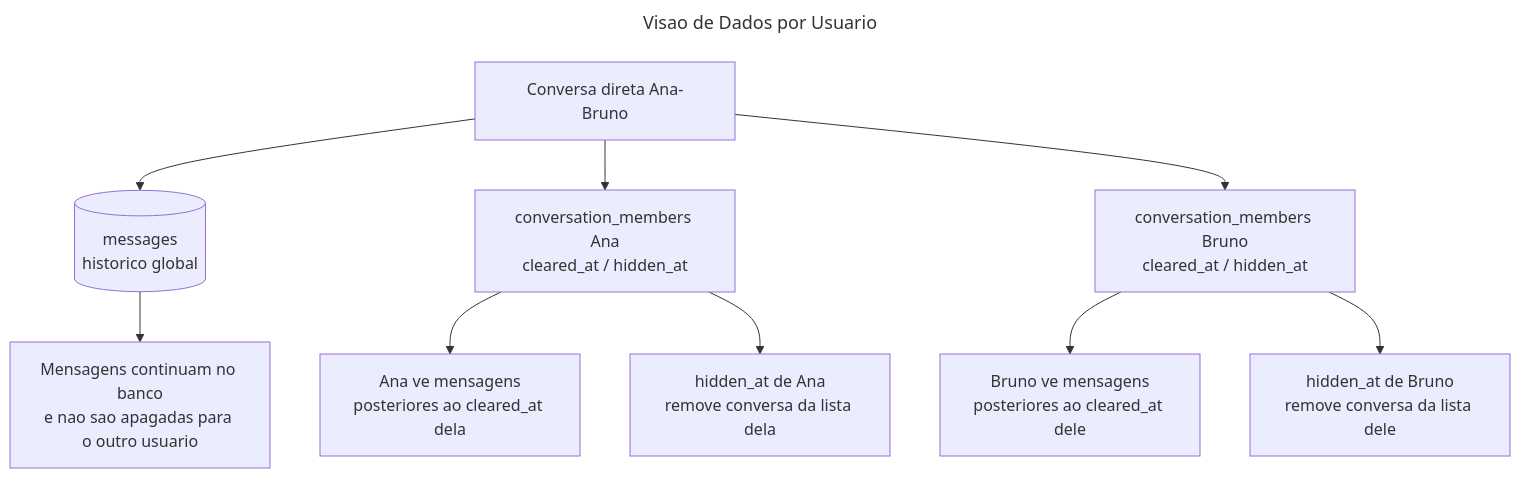
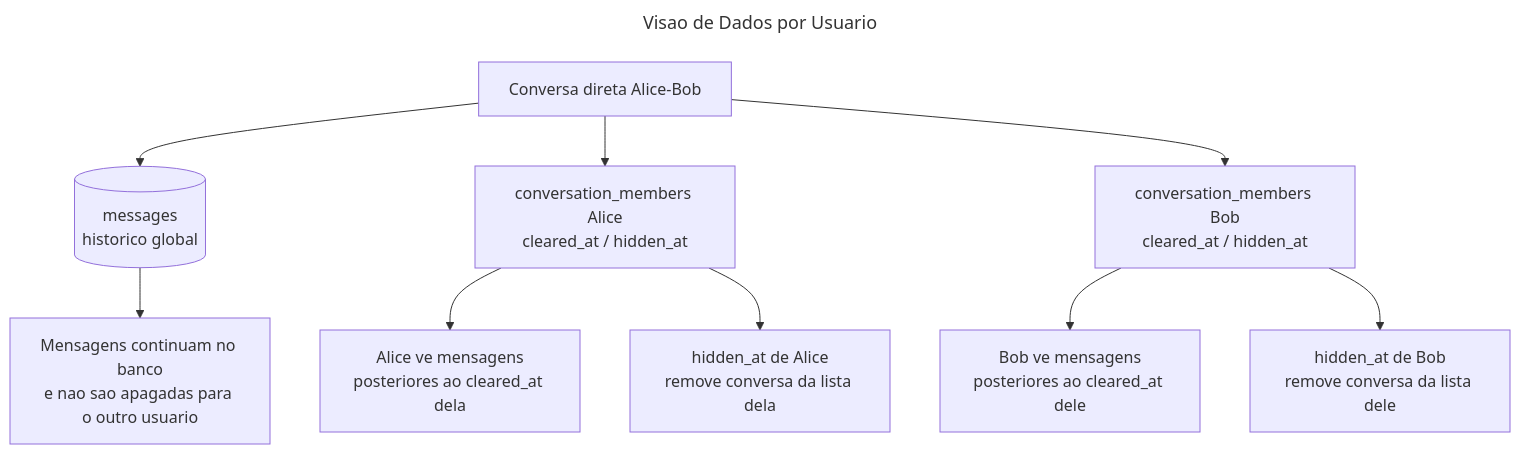
The ninth of 10 diagrams in docs/diagrams.md (jvmr1/chat-distribuido), drawn with Mermaid before and after one commit. The commit also changed other lines of this file and 7 other files, not shown here.

````diff
--- a/docs/diagrams.md
+++ b/docs/diagrams.md
@@ -233,22 +233,22 @@
 ```mermaid
 ---
 title: Visao de Dados por Usuario
 ---
 flowchart TD
-  C[Conversa direta Ana-Bruno]
+  C[Conversa direta Alice-Bob]
   M[(messages\nhistorico global)]
-  CM_A[conversation_members Ana\ncleared_at / hidden_at]
-  CM_B[conversation_members Bruno\ncleared_at / hidden_at]
+  CM_A[conversation_members Alice\ncleared_at / hidden_at]
+  CM_B[conversation_members Bob\ncleared_at / hidden_at]
 
   C --> M
   C --> CM_A
   C --> CM_B
 
-  CM_A --> ViewA[Ana ve mensagens\nposteriores ao cleared_at dela]
-  CM_B --> ViewB[Bruno ve mensagens\nposteriores ao cleared_at dele]
+  CM_A --> ViewA[Alice ve mensagens\nposteriores ao cleared_at dela]
+  CM_B --> ViewB[Bob ve mensagens\nposteriores ao cleared_at dele]
 
-  CM_A --> HideA[hidden_at de Ana\nremove conversa da lista dela]
-  CM_B --> HideB[hidden_at de Bruno\nremove conversa da lista dele]
+  CM_A --> HideA[hidden_at de Alice\nremove conversa da lista dela]
+  CM_B --> HideB[hidden_at de Bob\nremove conversa da lista dele]
 
   M --> Persist[Mensagens continuam no banco\ne nao sao apagadas para o outro usuario]
 ```
````
